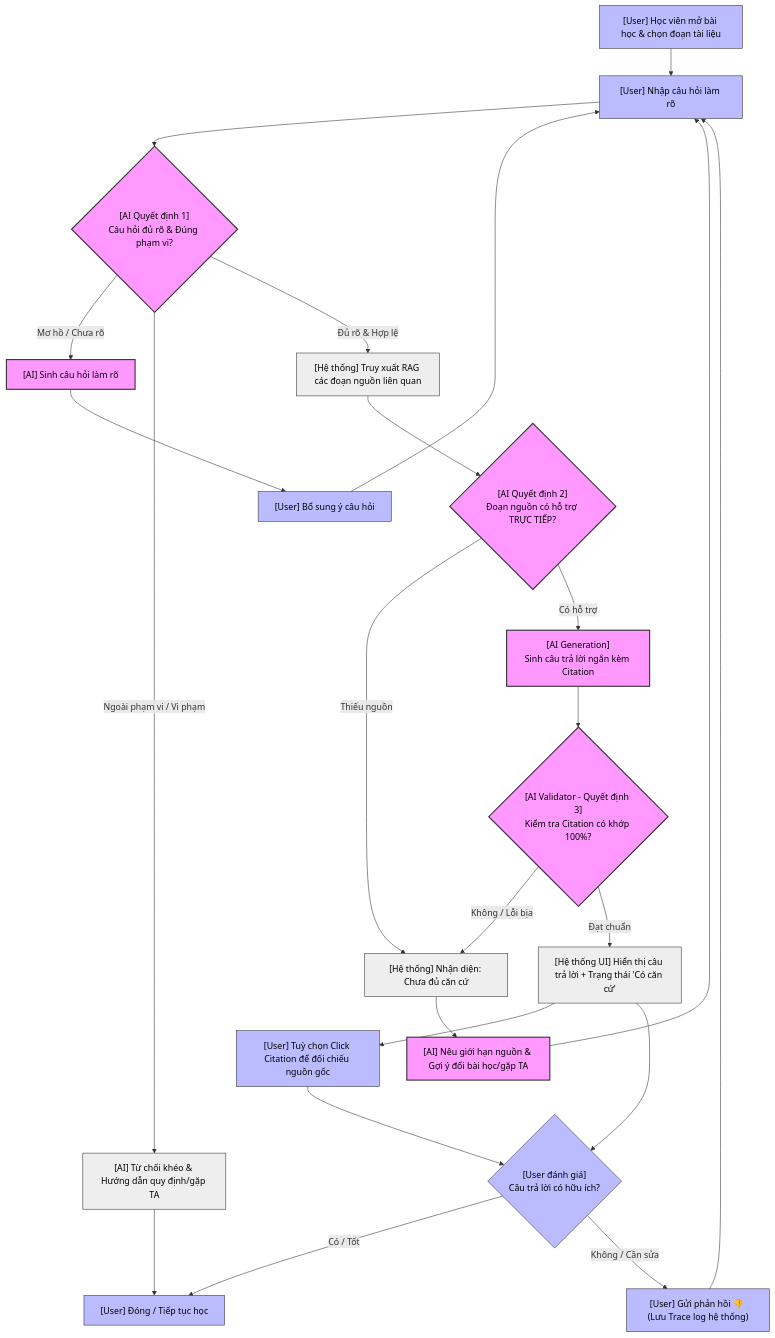
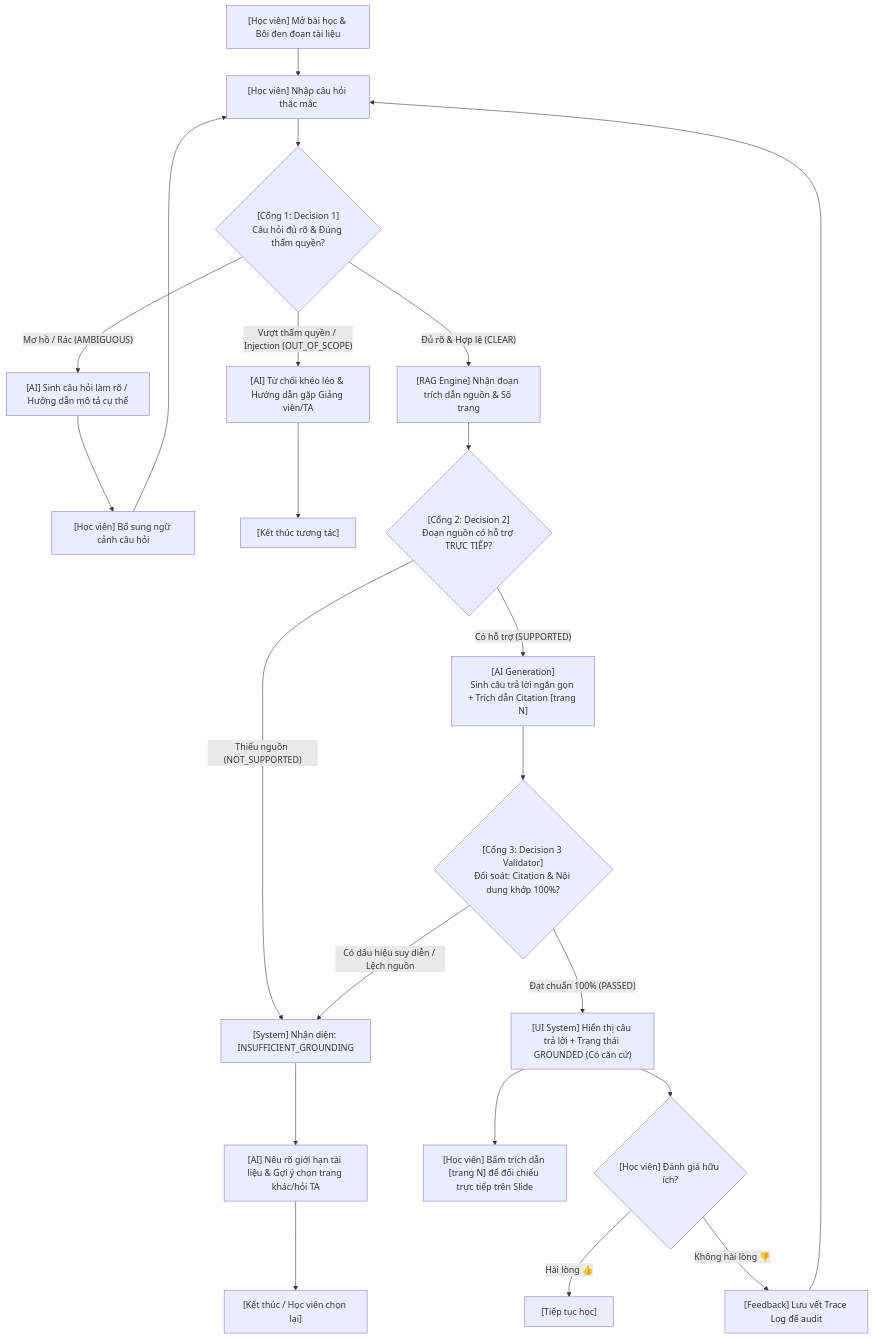
The diagram in flowchart.md (trnamanh12/K4-3B-E403-So1), drawn with Mermaid before and after one commit. The commit also changed 29 other files, not shown here.

````diff
--- a/flowchart.md
+++ b/flowchart.md
@@ -1,45 +1,39 @@
 ```mermaid
 flowchart TD
-    A["[User] Học viên mở bài học & chọn đoạn tài liệu"] --> B["[User] Nhập câu hỏi làm rõ"]
+    A["[Học viên] Mở bài học & Bôi đen đoạn tài liệu"] --> B["[Học viên] Nhập câu hỏi thắc mắc"]
 
-    B --> C{"[AI Quyết định 1]<br/>Câu hỏi đủ rõ & Đúng phạm vi?"}
+    B --> C{"[Cổng 1: Decision 1]<br/>Câu hỏi đủ rõ & Đúng thẩm quyền?"}
 
-    C -- Mơ hồ / Chưa rõ --> D["[AI] Sinh câu hỏi làm rõ"]
-    D --> E["[User] Bổ sung ý câu hỏi"]
+    %% Nhánh Cổng 1
+    C -- "Mơ hồ / Rác (AMBIGUOUS)" --> D["[AI] Sinh câu hỏi làm rõ / Hướng dẫn mô tả cụ thể"]
+    D --> E["[Học viên] Bổ sung ngữ cảnh câu hỏi"]
     E --> B
 
-    C -- Ngoài phạm vi / Vi phạm --> X["[AI] Từ chối khéo & Hướng dẫn quy định/gặp TA"]
-    X --> O
+    C -- "Vượt thẩm quyền / Injection (OUT_OF_SCOPE)" --> X["[AI] Từ chối khéo léo & Hướng dẫn gặp Giảng viên/TA"]
+    X --> FIN1["[Kết thúc tương tác]"]
 
-    C -- Đủ rõ & Hợp lệ --> F["[Hệ thống] Truy xuất RAG các đoạn nguồn liên quan"]
+    %% Qua Cổng 1 -> Cổng 2
+    C -- "Đủ rõ & Hợp lệ (CLEAR)" --> F["[RAG Engine] Nhận đoạn trích dẫn nguồn & Số trang"]
+    F --> G{"[Cổng 2: Decision 2]<br/>Đoạn nguồn có hỗ trợ TRỰC TIẾP?"}
 
-    F --> G{"[AI Quyết định 2]<br/>Đoạn nguồn có hỗ trợ TRỰC TIẾP?"}
+    %% Nhánh Cổng 2
+    G -- "Thiếu nguồn (NOT_SUPPORTED)" --> H["[System] Nhận diện: INSUFFICIENT_GROUNDING"]
+    H --> I["[AI] Nêu rõ giới hạn tài liệu & Gợi ý chọn trang khác/hỏi TA"]
+    I --> FIN2["[Kết thúc / Học viên chọn lại]"]
 
-    G -- Thiếu nguồn --> H["[Hệ thống] Nhận diện: Chưa đủ căn cứ"]
-    H --> I["[AI] Nêu giới hạn nguồn & Gợi ý đổi bài học/gặp TA"]
-    I --> B
+    %% Qua Cổng 2 -> Generation
+    G -- "Có hỗ trợ (SUPPORTED)" --> J["[AI Generation]<br/>Sinh câu trả lời ngắn gọn + Trích dẫn Citation [trang N]"]
 
-    G -- Có hỗ trợ --> J["[AI Generation]<br/>Sinh câu trả lời ngắn kèm Citation"]
+    %% Cổng 3: Validator
+    J --> K{"[Cổng 3: Decision 3 Validator]<br/>Đối soát: Citation & Nội dung khớp 100%?"}
 
-    J --> K{"[AI Validator - Quyết định 3]<br/>Kiểm tra Citation có khớp 100%?"}
+    %% Nhánh Cổng 3
+    K -- "Có dấu hiệu suy diễn / Lệch nguồn" --> H
+    K -- "Đạt chuẩn 100% (PASSED)" --> L["[UI System] Hiển thị câu trả lời + Trạng thái GROUNDED (Có căn cứ)"]
 
-    K -- Không / Lỗi bịa --> H
-    K -- Đạt chuẩn --> L["[Hệ thống UI] Hiển thị câu trả lời + Trạng thái 'Có căn cứ'"]
-
-    L --> M["[User] Tuỳ chọn Click Citation để đối chiếu nguồn gốc"]
-    L --> N{"[User đánh giá]<br/>Câu trả lời có hữu ích?"}
-    M --> N
-
-    N -- Có / Tốt --> O["[User] Đóng / Tiếp tục học"]
-    N -- Không / Cần sửa --> P["[User] Gửi phản hồi 👎 (Lưu Trace log hệ thống)"]
+    L --> M["[Học viên] Bấm trích dẫn [trang N] để đối chiếu trực tiếp trên Slide"]
+    L --> N{"[Học viên] Đánh giá hữu ích?"}
+    N -- "Hài lòng 👍" --> FIN3["[Tiếp tục học]"]
+    N -- "Không hài lòng 👎" --> P["[Feedback] Lưu vết Trace Log để audit"]
     P --> B
-
-    %% Styling màu sắc đặt hoàn toàn ở cuối
-    classDef aiStyle fill:#f9f,stroke:#333,stroke-width:2px,color:#000;
-    classDef userStyle fill:#bbf,stroke:#333,stroke-width:1px,color:#000;
-    classDef sysStyle fill:#eee,stroke:#333,stroke-width:1px,color:#000;
-
-    class A,B,E,M,N,O,P userStyle;
-    class C,D,G,I,J,K aiStyle;
-    class F,H,L,X sysStyle;
 ```
````
